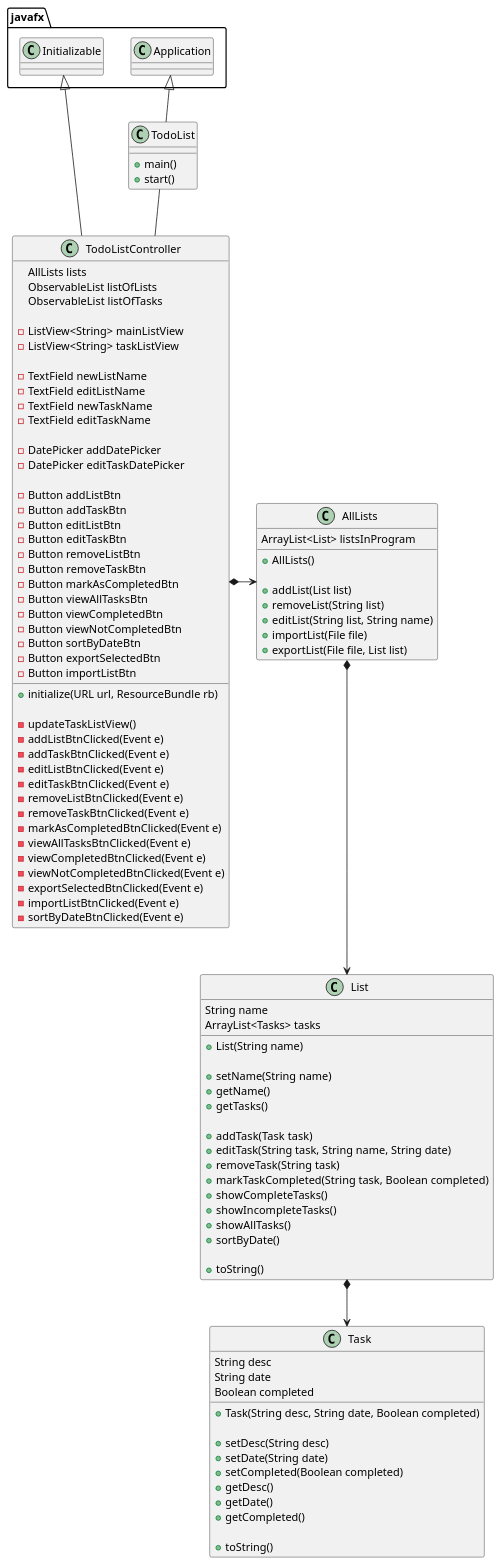
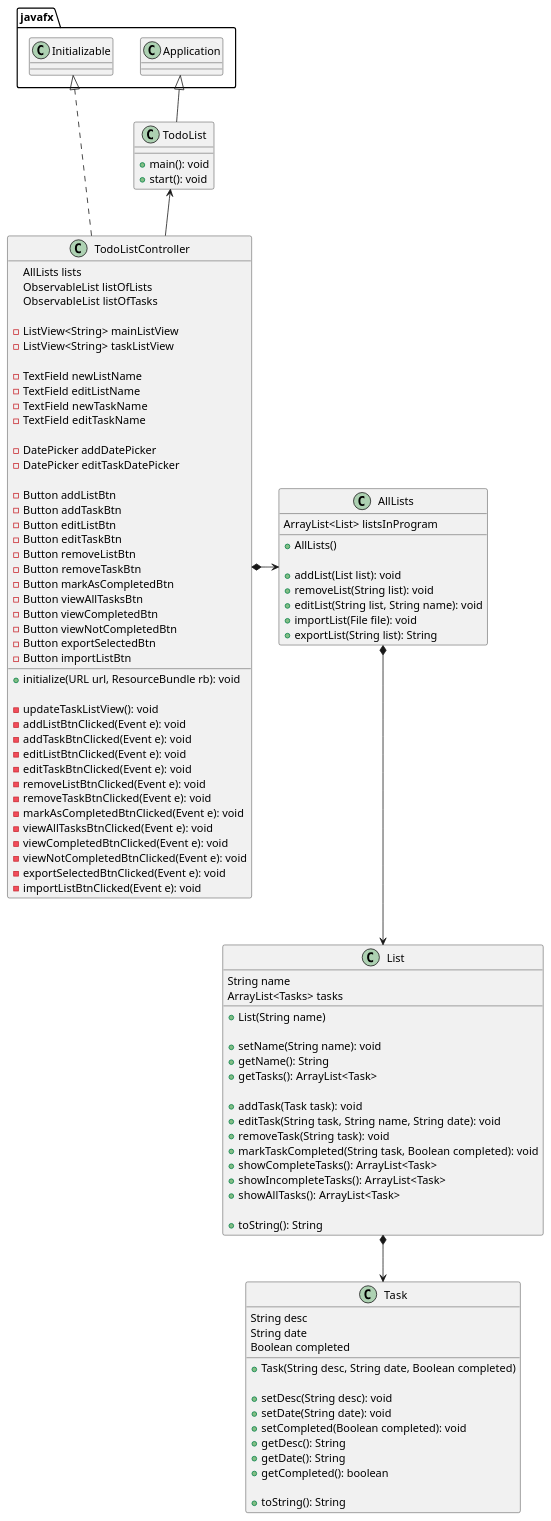
Before and after one commit to josevalen2001/valencia-cop3330-assignment4part2: the diagram in uml/ClassDiagram.puml, drawn with PlantUML. The commit also changed 7 other files, not shown here.

Commit message:
Testing and uml

```diff
--- a/uml/ClassDiagram.puml
+++ b/uml/ClassDiagram.puml
@@ -6,128 +6,125 @@
 @startuml
 'https://plantuml.com/class-diagram
 
 class TodoList {
 
-    + main()
-    + start()
+    + main(): void
+    + start(): void
 
 }
 
 class TodoListController {
 
     AllLists lists
     ObservableList listOfLists
     ObservableList listOfTasks
 
     - ListView<String> mainListView
     - ListView<String> taskListView
 
     - TextField newListName
     - TextField editListName
     - TextField newTaskName
     - TextField editTaskName
 
     - DatePicker addDatePicker
     - DatePicker editTaskDatePicker
 
     - Button addListBtn
     - Button addTaskBtn
     - Button editListBtn
     - Button editTaskBtn
     - Button removeListBtn
     - Button removeTaskBtn
     - Button markAsCompletedBtn
     - Button viewAllTasksBtn
     - Button viewCompletedBtn
     - Button viewNotCompletedBtn
-    - Button sortByDateBtn
     - Button exportSelectedBtn
     - Button importListBtn
 
-    + initialize(URL url, ResourceBundle rb)
+    + initialize(URL url, ResourceBundle rb): void
 
-    - updateTaskListView()
-    - addListBtnClicked(Event e)
-    - addTaskBtnClicked(Event e)
-    - editListBtnClicked(Event e)
-    - editTaskBtnClicked(Event e)
-    - removeListBtnClicked(Event e)
-    - removeTaskBtnClicked(Event e)
-    - markAsCompletedBtnClicked(Event e)
-    - viewAllTasksBtnClicked(Event e)
-    - viewCompletedBtnClicked(Event e)
-    - viewNotCompletedBtnClicked(Event e)
-    - exportSelectedBtnClicked(Event e)
-    - importListBtnClicked(Event e)
-    - sortByDateBtnClicked(Event e)
+    - updateTaskListView(): void
+    - addListBtnClicked(Event e): void
+    - addTaskBtnClicked(Event e): void
+    - editListBtnClicked(Event e): void
+    - editTaskBtnClicked(Event e): void
+    - removeListBtnClicked(Event e): void
+    - removeTaskBtnClicked(Event e): void
+    - markAsCompletedBtnClicked(Event e): void
+    - viewAllTasksBtnClicked(Event e): void
+    - viewCompletedBtnClicked(Event e): void
+    - viewNotCompletedBtnClicked(Event e): void
+    - exportSelectedBtnClicked(Event e): void
+    - importListBtnClicked(Event e): void
 }
 
 class AllLists {
 
     ArrayList<List> listsInProgram
 
     + AllLists()
 
-    + addList(List list)
-    + removeList(String list)
-    + editList(String list, String name)
-    + importList(File file)
-    + exportList(File file, List list)
+    + addList(List list): void
+    + removeList(String list): void
+    + editList(String list, String name): void
+    + importList(File file): void
+    + exportList(String list): String
 
 
 }
 
 class List {
 
     String name
     ArrayList<Tasks> tasks
 
     + List(String name)
 
-    + setName(String name)
-    + getName()
-    + getTasks()
+    + setName(String name): void
+    + getName(): String
+    + getTasks(): ArrayList<Task>
 
-    + addTask(Task task)
-    + editTask(String task, String name, String date)
-    + removeTask(String task)
-    + markTaskCompleted(String task, Boolean completed)
-    + showCompleteTasks()
-    + showIncompleteTasks()
-    + showAllTasks()
-    + sortByDate()
+    + addTask(Task task): void
+    + editTask(String task, String name, String date): void
+    + removeTask(String task): void
+    + markTaskCompleted(String task, Boolean completed): void
+    + showCompleteTasks(): ArrayList<Task>
+    + showIncompleteTasks(): ArrayList<Task>
+    + showAllTasks(): ArrayList<Task>
 
-    + toString()
+    + toString(): String
 
 
 }
 
 class Task {
 
     String desc
     String date
     Boolean completed
 
     + Task(String desc, String date, Boolean completed)
 
-    + setDesc(String desc)
-    + setDate(String date)
-    + setCompleted(Boolean completed)
-    + getDesc()
-    + getDate()
-    + getCompleted()
+    + setDesc(String desc): void
+    + setDate(String date): void
+    + setCompleted(Boolean completed): void
+    + getDesc(): String
+    + getDate(): String
+    + getCompleted(): boolean
 
-    + toString()
+    + toString(): String
 
 
 }
 
-javafx.Initializable <|--- TodoListController
+javafx.Initializable <|... TodoListController
 javafx.Application <|-- TodoList
-TodoList -- TodoListController
+TodoList <-- TodoListController
 TodoListController *-> AllLists
 AllLists *--> List
 List *--> Task
 
 
 @enduml
```
